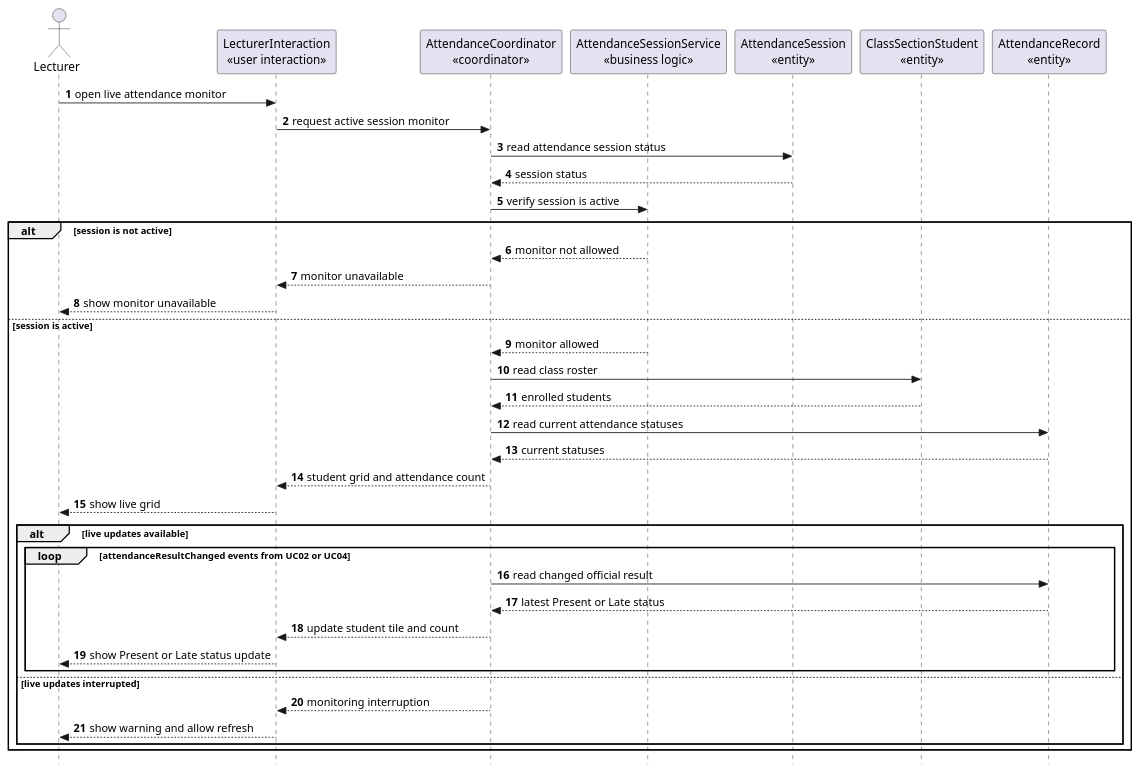
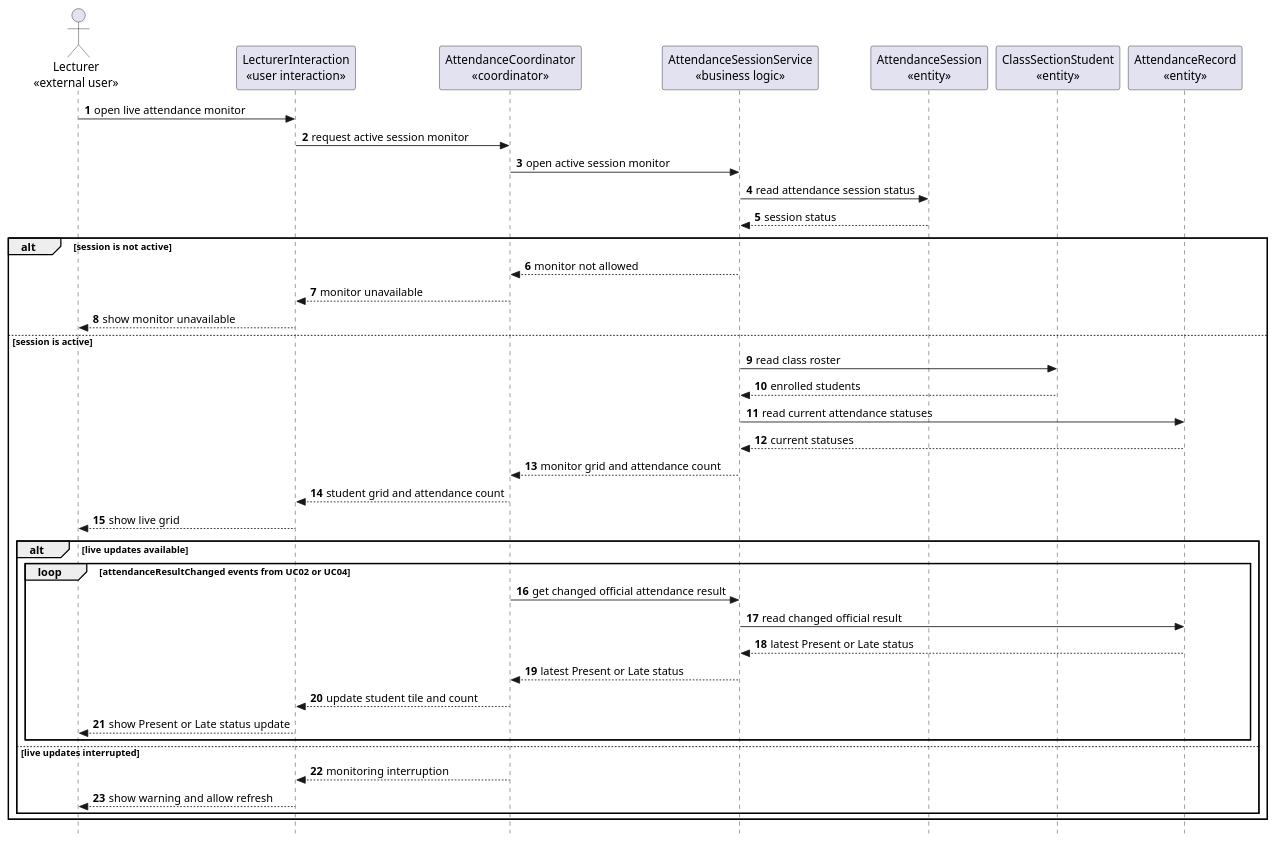
Before and after one commit to nttung42/SWD392: diagram 17 of 29 in docs/sds/2_Analysis.md, drawn with PlantUML. The commit also changed other lines of this file and 1 other file, not shown here.

````diff
--- a/docs/sds/2_Analysis.md
+++ b/docs/sds/2_Analysis.md
@@ -918,45 +957,47 @@
 ```plantuml
 @startuml
 skinparam style strictuml
 autonumber
-actor "Lecturer" as Lecturer
+actor "Lecturer\n«external user»" as Lecturer
 participant "LecturerInteraction\n«user interaction»" as LecturerUI
 participant "AttendanceCoordinator\n«coordinator»" as MonitorControl
 participant "AttendanceSessionService\n«business logic»" as SessionRules
 participant "AttendanceSession\n«entity»" as AttendanceSession
 participant "ClassSectionStudent\n«entity»" as ClassSectionStudent
 participant "AttendanceRecord\n«entity»" as AttendanceRecord
 
 Lecturer -> LecturerUI : open live attendance monitor
 LecturerUI -> MonitorControl : request active session monitor
-MonitorControl -> AttendanceSession : read attendance session status
-AttendanceSession --> MonitorControl : session status
-MonitorControl -> SessionRules : verify session is active
+MonitorControl -> SessionRules : open active session monitor
+SessionRules -> AttendanceSession : read attendance session status
+AttendanceSession --> SessionRules : session status
 
 alt session is not active
   SessionRules --> MonitorControl : monitor not allowed
   MonitorControl --> LecturerUI : monitor unavailable
   LecturerUI --> Lecturer : show monitor unavailable
 else session is active
-  SessionRules --> MonitorControl : monitor allowed
-  MonitorControl -> ClassSectionStudent : read class roster
-  ClassSectionStudent --> MonitorControl : enrolled students
-  MonitorControl -> AttendanceRecord : read current attendance statuses
-  AttendanceRecord --> MonitorControl : current statuses
+  SessionRules -> ClassSectionStudent : read class roster
+  ClassSectionStudent --> SessionRules : enrolled students
+  SessionRules -> AttendanceRecord : read current attendance statuses
+  AttendanceRecord --> SessionRules : current statuses
+  SessionRules --> MonitorControl : monitor grid and attendance count
   MonitorControl --> LecturerUI : student grid and attendance count
   LecturerUI --> Lecturer : show live grid
 
   alt live updates available
     loop attendanceResultChanged events from UC02 or UC04
-      MonitorControl -> AttendanceRecord : read changed official result
-      AttendanceRecord --> MonitorControl : latest Present or Late status
+      MonitorControl -> SessionRules : get changed official attendance result
+      SessionRules -> AttendanceRecord : read changed official result
+      AttendanceRecord --> SessionRules : latest Present or Late status
+      SessionRules --> MonitorControl : latest Present or Late status
       MonitorControl --> LecturerUI : update student tile and count
       LecturerUI --> Lecturer : show Present or Late status update
     end
   else live updates interrupted
     MonitorControl --> LecturerUI : monitoring interruption
     LecturerUI --> Lecturer : show warning and allow refresh
   end
 end
 @enduml
 ```
````
